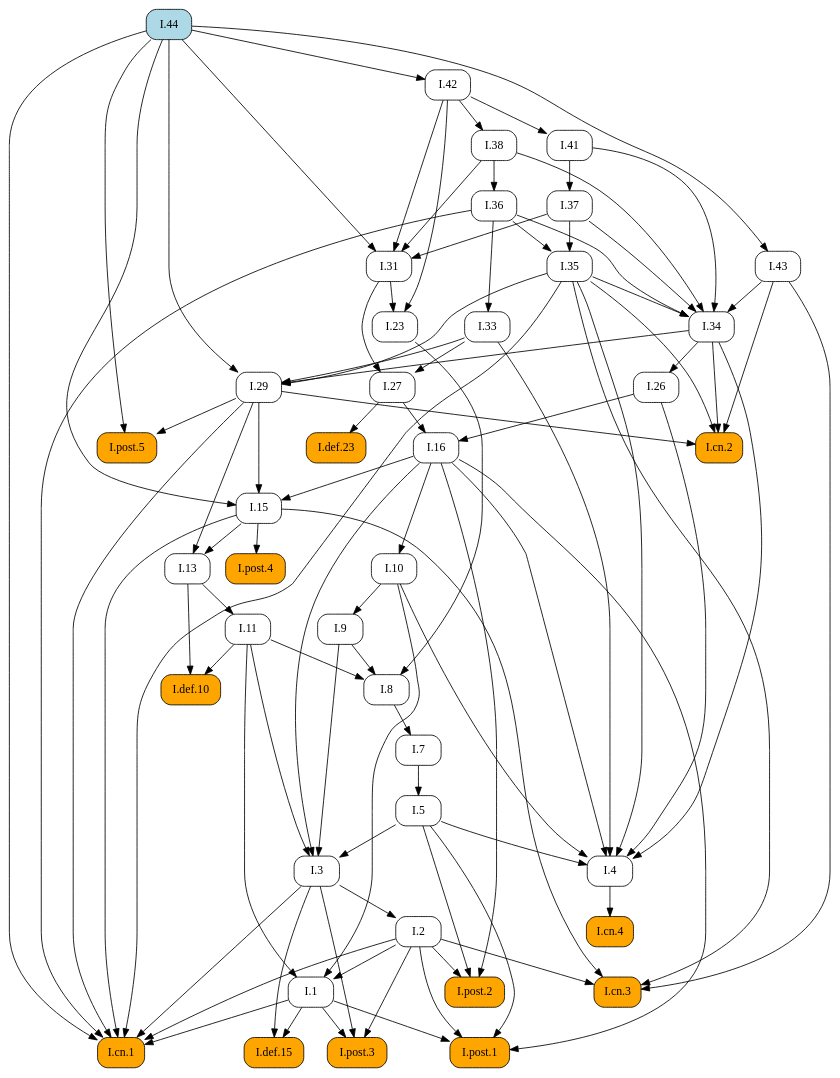
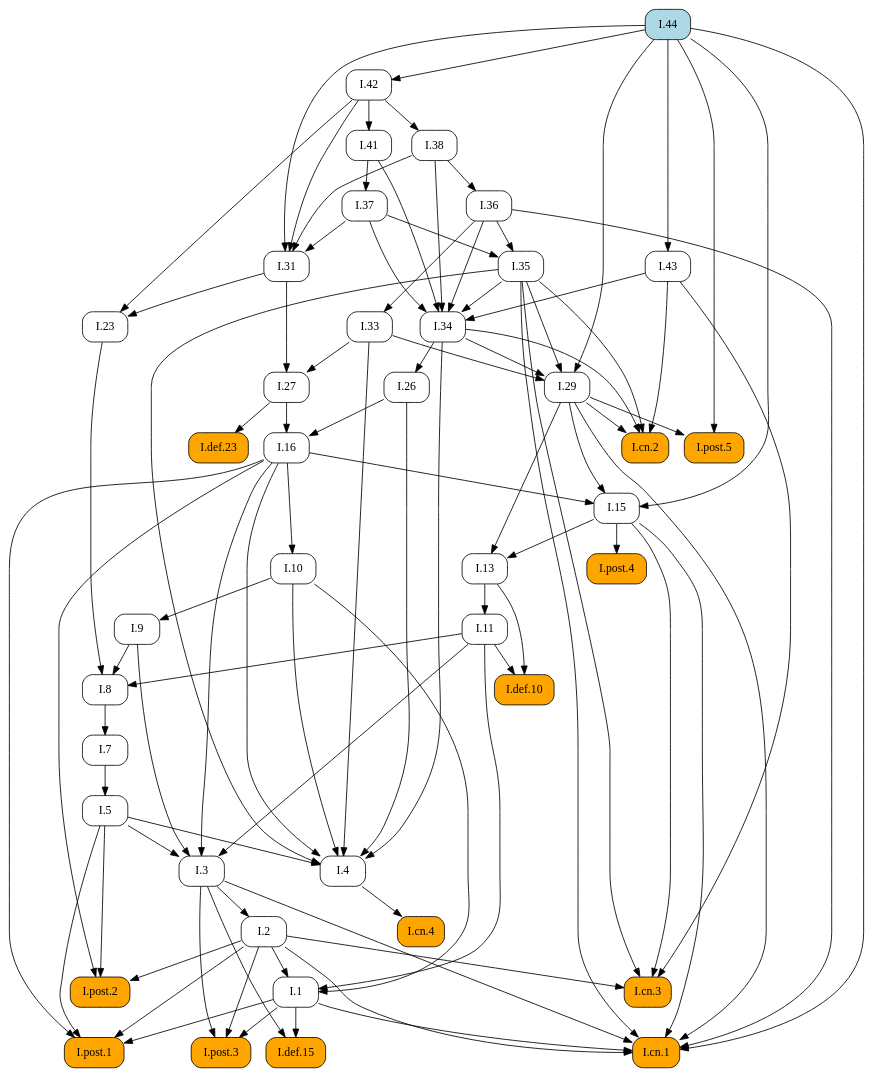
The diagram in docsrc/elements2/I/44/index.rst (geometor/elements), drawn with Graphviz before and after one commit. The commit also changed other lines of this file and 171 other files, not shown here.

```diff
--- a/docsrc/elements2/I/44/index.rst
+++ b/docsrc/elements2/I/44/index.rst
@@ -60,118 +60,93 @@
    digraph {
      rankdir="TB";
      node [shape=box, style=rounded];
+     "I.8" [URL="/elements2/I/8/", target="_top"];
+     "I.36" [URL="/elements2/I/36/", target="_top"];
+     "I.post.1" [style="rounded,filled", fillcolor=orange, URL="/elements2/I/post.1/", target="_top"];
+     "I.33" [URL="/elements2/I/33/", target="_top"];
+     "I.5" [URL="/elements2/I/5/", target="_top"];
+     "I.38" [URL="/elements2/I/38/", target="_top"];
+     "I.post.5" [style="rounded,filled", fillcolor=orange, URL="/elements2/I/post.5/", target="_top"];
+     "I.def.10" [style="rounded,filled", fillcolor=orange, URL="/elements2/I/def.10/", target="_top"];
+     "I.cn.2" [style="rounded,filled", fillcolor=orange, URL="/elements2/I/cn.2/", target="_top"];
+     "I.def.15" [style="rounded,filled", fillcolor=orange, URL="/elements2/I/def.15/", target="_top"];
+     "I.31" [URL="/elements2/I/31/", target="_top"];
+     "I.11" [URL="/elements2/I/11/", target="_top"];
+     "I.43" [URL="/elements2/I/43/", target="_top"];
+     "I.3" [URL="/elements2/I/3/", target="_top"];
+     "I.def.23" [style="rounded,filled", fillcolor=orange, URL="/elements2/I/def.23/", target="_top"];
+     "I.post.2" [style="rounded,filled", fillcolor=orange, URL="/elements2/I/post.2/", target="_top"];
+     "I.26" [URL="/elements2/I/26/", target="_top"];
+     "I.cn.3" [style="rounded,filled", fillcolor=orange, URL="/elements2/I/cn.3/", target="_top"];
+     "I.1" [URL="/elements2/I/1/", target="_top"];
+     "I.cn.4" [style="rounded,filled", fillcolor=orange, URL="/elements2/I/cn.4/", target="_top"];
+     "I.7" [URL="/elements2/I/7/", target="_top"];
+     "I.42" [URL="/elements2/I/42/", target="_top"];
+     "I.9" [URL="/elements2/I/9/", target="_top"];
+     "I.cn.1" [style="rounded,filled", fillcolor=orange, URL="/elements2/I/cn.1/", target="_top"];
+     "I.29" [URL="/elements2/I/29/", target="_top"];
+     "I.post.4" [style="rounded,filled", fillcolor=orange, URL="/elements2/I/post.4/", target="_top"];
+     "I.16" [URL="/elements2/I/16/", target="_top"];
+     "I.13" [URL="/elements2/I/13/", target="_top"];
+     "I.41" [URL="/elements2/I/41/", target="_top"];
+     "I.35" [URL="/elements2/I/35/", target="_top"];
+     "I.2" [URL="/elements2/I/2/", target="_top"];
+     "I.27" [URL="/elements2/I/27/", target="_top"];
      "I.37" [URL="/elements2/I/37/", target="_top"];
-     "I.def.10" [style="rounded,filled", fillcolor=orange, URL="/elements2/I/def.10/", target="_top"];
+     "I.4" [URL="/elements2/I/4/", target="_top"];
+     "I.44" [style="rounded,filled", fillcolor=lightblue, URL="/elements2/I/44/", target="_top"];
+     "I.10" [URL="/elements2/I/10/", target="_top"];
+     "I.15" [URL="/elements2/I/15/", target="_top"];
      "I.34" [URL="/elements2/I/34/", target="_top"];
-     "I.cn.4" [style="rounded,filled", fillcolor=orange, URL="/elements2/I/cn.4/", target="_top"];
-     "I.def.15" [style="rounded,filled", fillcolor=orange, URL="/elements2/I/def.15/", target="_top"];
+     "I.23" [URL="/elements2/I/23/", target="_top"];
      "I.post.3" [style="rounded,filled", fillcolor=orange, URL="/elements2/I/post.3/", target="_top"];
-     "I.41" [URL="/elements2/I/41/", target="_top"];
-     "I.36" [URL="/elements2/I/36/", target="_top"];
-     "I.27" [URL="/elements2/I/27/", target="_top"];
-     "I.post.2" [style="rounded,filled", fillcolor=orange, URL="/elements2/I/post.2/", target="_top"];
-     "I.13" [URL="/elements2/I/13/", target="_top"];
-     "I.10" [URL="/elements2/I/10/", target="_top"];
-     "I.post.1" [style="rounded,filled", fillcolor=orange, URL="/elements2/I/post.1/", target="_top"];
-     "I.7" [URL="/elements2/I/7/", target="_top"];
-     "I.11" [URL="/elements2/I/11/", target="_top"];
-     "I.4" [URL="/elements2/I/4/", target="_top"];
-     "I.16" [URL="/elements2/I/16/", target="_top"];
-     "I.def.23" [style="rounded,filled", fillcolor=orange, URL="/elements2/I/def.23/", target="_top"];
-     "I.9" [URL="/elements2/I/9/", target="_top"];
-     "I.8" [URL="/elements2/I/8/", target="_top"];
-     "I.cn.2" [style="rounded,filled", fillcolor=orange, URL="/elements2/I/cn.2/", target="_top"];
-     "I.15" [URL="/elements2/I/15/", target="_top"];
-     "I.post.5" [style="rounded,filled", fillcolor=orange, URL="/elements2/I/post.5/", target="_top"];
-     "I.23" [URL="/elements2/I/23/", target="_top"];
-     "I.38" [URL="/elements2/I/38/", target="_top"];
-     "I.26" [URL="/elements2/I/26/", target="_top"];
-     "I.2" [URL="/elements2/I/2/", target="_top"];
-     "I.42" [URL="/elements2/I/42/", target="_top"];
-     "I.1" [URL="/elements2/I/1/", target="_top"];
-     "I.35" [URL="/elements2/I/35/", target="_top"];
-     "I.44" [style="rounded,filled", fillcolor=lightblue, URL="/elements2/I/44/", target="_top"];
-     "I.43" [URL="/elements2/I/43/", target="_top"];
-     "I.33" [URL="/elements2/I/33/", target="_top"];
-     "I.31" [URL="/elements2/I/31/", target="_top"];
-     "I.post.4" [style="rounded,filled", fillcolor=orange, URL="/elements2/I/post.4/", target="_top"];
-     "I.cn.1" [style="rounded,filled", fillcolor=orange, URL="/elements2/I/cn.1/", target="_top"];
-     "I.3" [URL="/elements2/I/3/", target="_top"];
-     "I.cn.3" [style="rounded,filled", fillcolor=orange, URL="/elements2/I/cn.3/", target="_top"];
-     "I.29" [URL="/elements2/I/29/", target="_top"];
-     "I.5" [URL="/elements2/I/5/", target="_top"];
-     "I.41" -> "I.37";
-     "I.11" -> "I.def.10";
-     "I.13" -> "I.def.10";
-     "I.35" -> "I.34";
-     "I.36" -> "I.34";
-     "I.37" -> "I.34";
-     "I.38" -> "I.34";
-     "I.41" -> "I.34";
-     "I.43" -> "I.34";
-     "I.4" -> "I.cn.4";
-     "I.1" -> "I.def.15";
-     "I.3" -> "I.def.15";
-     "I.1" -> "I.post.3";
-     "I.2" -> "I.post.3";
-     "I.3" -> "I.post.3";
-     "I.42" -> "I.41";
+     "I.9" -> "I.8";
+     "I.11" -> "I.8";
+     "I.23" -> "I.8";
      "I.38" -> "I.36";
-     "I.31" -> "I.27";
-     "I.33" -> "I.27";
-     "I.2" -> "I.post.2";
-     "I.5" -> "I.post.2";
-     "I.16" -> "I.post.2";
-     "I.15" -> "I.13";
-     "I.29" -> "I.13";
-     "I.16" -> "I.10";
      "I.1" -> "I.post.1";
      "I.2" -> "I.post.1";
      "I.5" -> "I.post.1";
      "I.16" -> "I.post.1";
-     "I.8" -> "I.7";
-     "I.13" -> "I.11";
-     "I.5" -> "I.4";
-     "I.10" -> "I.4";
-     "I.16" -> "I.4";
-     "I.26" -> "I.4";
-     "I.33" -> "I.4";
-     "I.34" -> "I.4";
-     "I.35" -> "I.4";
-     "I.26" -> "I.16";
-     "I.27" -> "I.16";
-     "I.27" -> "I.def.23";
-     "I.10" -> "I.9";
-     "I.9" -> "I.8";
-     "I.11" -> "I.8";
-     "I.23" -> "I.8";
+     "I.36" -> "I.33";
+     "I.7" -> "I.5";
+     "I.42" -> "I.38";
+     "I.29" -> "I.post.5";
+     "I.44" -> "I.post.5";
+     "I.11" -> "I.def.10";
+     "I.13" -> "I.def.10";
      "I.29" -> "I.cn.2";
      "I.34" -> "I.cn.2";
      "I.35" -> "I.cn.2";
      "I.43" -> "I.cn.2";
-     "I.16" -> "I.15";
-     "I.29" -> "I.15";
-     "I.44" -> "I.15";
-     "I.29" -> "I.post.5";
-     "I.44" -> "I.post.5";
-     "I.31" -> "I.23";
-     "I.42" -> "I.23";
-     "I.42" -> "I.38";
-     "I.34" -> "I.26";
-     "I.3" -> "I.2";
-     "I.44" -> "I.42";
-     "I.2" -> "I.1";
-     "I.10" -> "I.1";
-     "I.11" -> "I.1";
-     "I.36" -> "I.35";
-     "I.37" -> "I.35";
-     "I.44" -> "I.43";
-     "I.36" -> "I.33";
+     "I.1" -> "I.def.15";
+     "I.3" -> "I.def.15";
      "I.37" -> "I.31";
      "I.38" -> "I.31";
      "I.42" -> "I.31";
      "I.44" -> "I.31";
-     "I.15" -> "I.post.4";
+     "I.13" -> "I.11";
+     "I.44" -> "I.43";
+     "I.5" -> "I.3";
+     "I.9" -> "I.3";
+     "I.11" -> "I.3";
+     "I.16" -> "I.3";
+     "I.27" -> "I.def.23";
+     "I.2" -> "I.post.2";
+     "I.5" -> "I.post.2";
+     "I.16" -> "I.post.2";
+     "I.34" -> "I.26";
+     "I.2" -> "I.cn.3";
+     "I.15" -> "I.cn.3";
+     "I.35" -> "I.cn.3";
+     "I.43" -> "I.cn.3";
+     "I.2" -> "I.1";
+     "I.10" -> "I.1";
+     "I.11" -> "I.1";
+     "I.4" -> "I.cn.4";
+     "I.8" -> "I.7";
+     "I.44" -> "I.42";
+     "I.10" -> "I.9";
      "I.1" -> "I.cn.1";
      "I.2" -> "I.cn.1";
      "I.3" -> "I.cn.1";
@@ -180,17 +155,42 @@
      "I.35" -> "I.cn.1";
      "I.36" -> "I.cn.1";
      "I.44" -> "I.cn.1";
-     "I.5" -> "I.3";
-     "I.9" -> "I.3";
-     "I.11" -> "I.3";
-     "I.16" -> "I.3";
-     "I.2" -> "I.cn.3";
-     "I.15" -> "I.cn.3";
-     "I.35" -> "I.cn.3";
-     "I.43" -> "I.cn.3";
      "I.33" -> "I.29";
      "I.34" -> "I.29";
      "I.35" -> "I.29";
      "I.44" -> "I.29";
-     "I.7" -> "I.5";
+     "I.15" -> "I.post.4";
+     "I.26" -> "I.16";
+     "I.27" -> "I.16";
+     "I.15" -> "I.13";
+     "I.29" -> "I.13";
+     "I.42" -> "I.41";
+     "I.36" -> "I.35";
+     "I.37" -> "I.35";
+     "I.3" -> "I.2";
+     "I.31" -> "I.27";
+     "I.33" -> "I.27";
+     "I.41" -> "I.37";
+     "I.5" -> "I.4";
+     "I.10" -> "I.4";
+     "I.16" -> "I.4";
+     "I.26" -> "I.4";
+     "I.33" -> "I.4";
+     "I.34" -> "I.4";
+     "I.35" -> "I.4";
+     "I.16" -> "I.10";
+     "I.16" -> "I.15";
+     "I.29" -> "I.15";
+     "I.44" -> "I.15";
+     "I.35" -> "I.34";
+     "I.36" -> "I.34";
+     "I.37" -> "I.34";
+     "I.38" -> "I.34";
+     "I.41" -> "I.34";
+     "I.43" -> "I.34";
+     "I.31" -> "I.23";
+     "I.42" -> "I.23";
+     "I.1" -> "I.post.3";
+     "I.2" -> "I.post.3";
+     "I.3" -> "I.post.3";
    }
```
